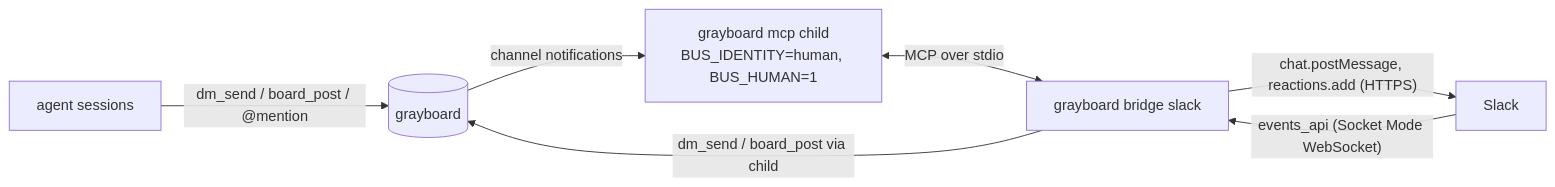
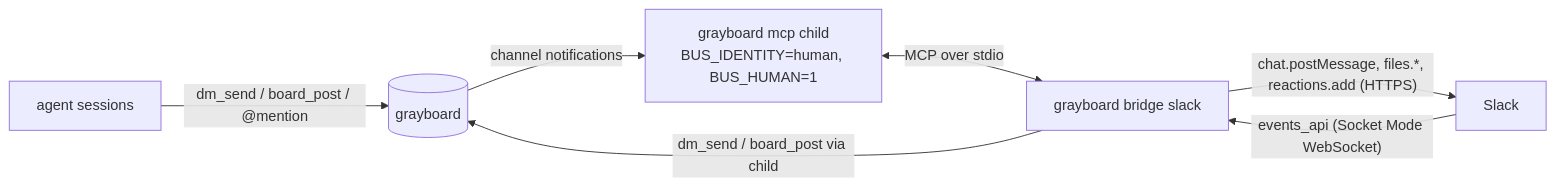
One commit to nolnoch/grayboard changed the diagram in docs/slack-bridge.md. Above: the diagram before and after it, drawn with Mermaid. The commit also changed other lines of this file and 3 other files, not shown here.

````diff
--- a/docs/slack-bridge.md
+++ b/docs/slack-bridge.md
@@ -21,9 +21,9 @@
 ```mermaid
 flowchart LR
   agents["agent sessions"] -->|"dm_send / board_post / @mention"| bus[("grayboard")]
   bus -->|"channel notifications"| child["grayboard mcp child<br/>BUS_IDENTITY=human, BUS_HUMAN=1"]
   child <-->|"MCP over stdio"| bridge["grayboard bridge slack"]
-  bridge -->|"chat.postMessage, reactions.add (HTTPS)"| slack["Slack"]
+  bridge -->|"chat.postMessage, files.*, reactions.add (HTTPS)"| slack["Slack"]
   slack -->|"events_api (Socket Mode WebSocket)"| bridge
   bridge -->|"dm_send / board_post via child"| bus
 ```
````
